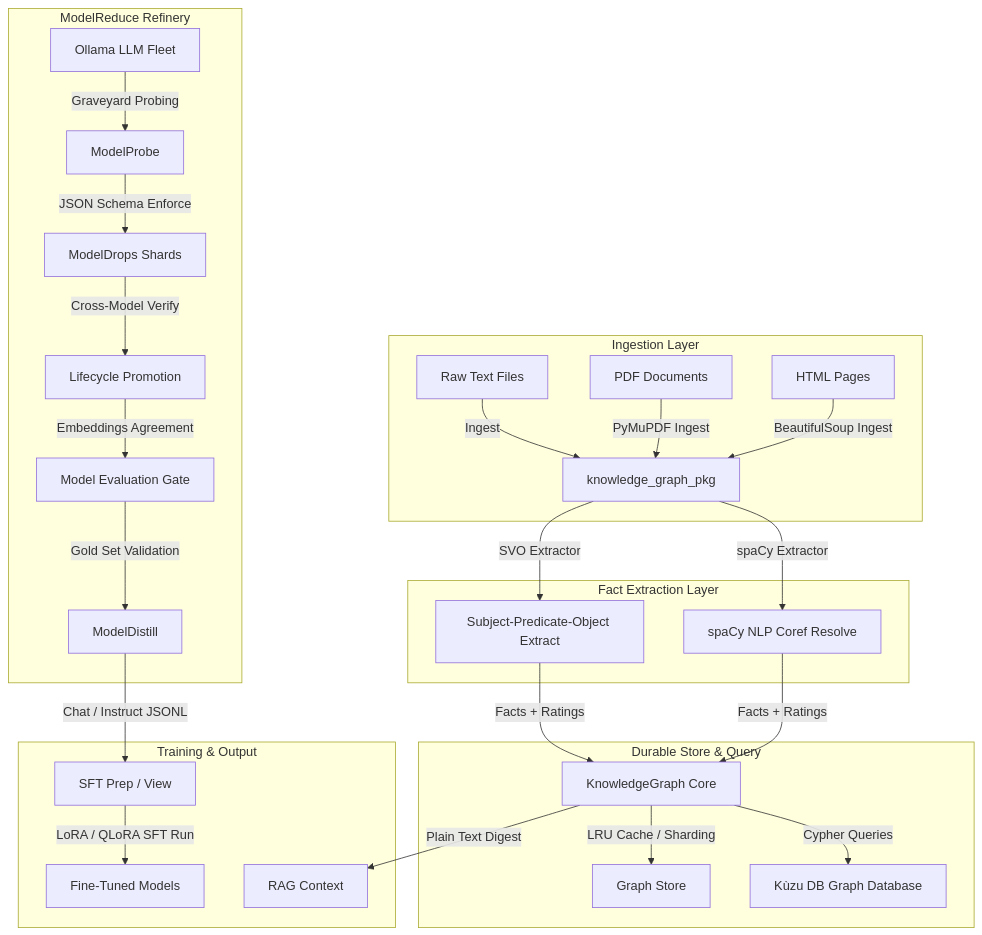
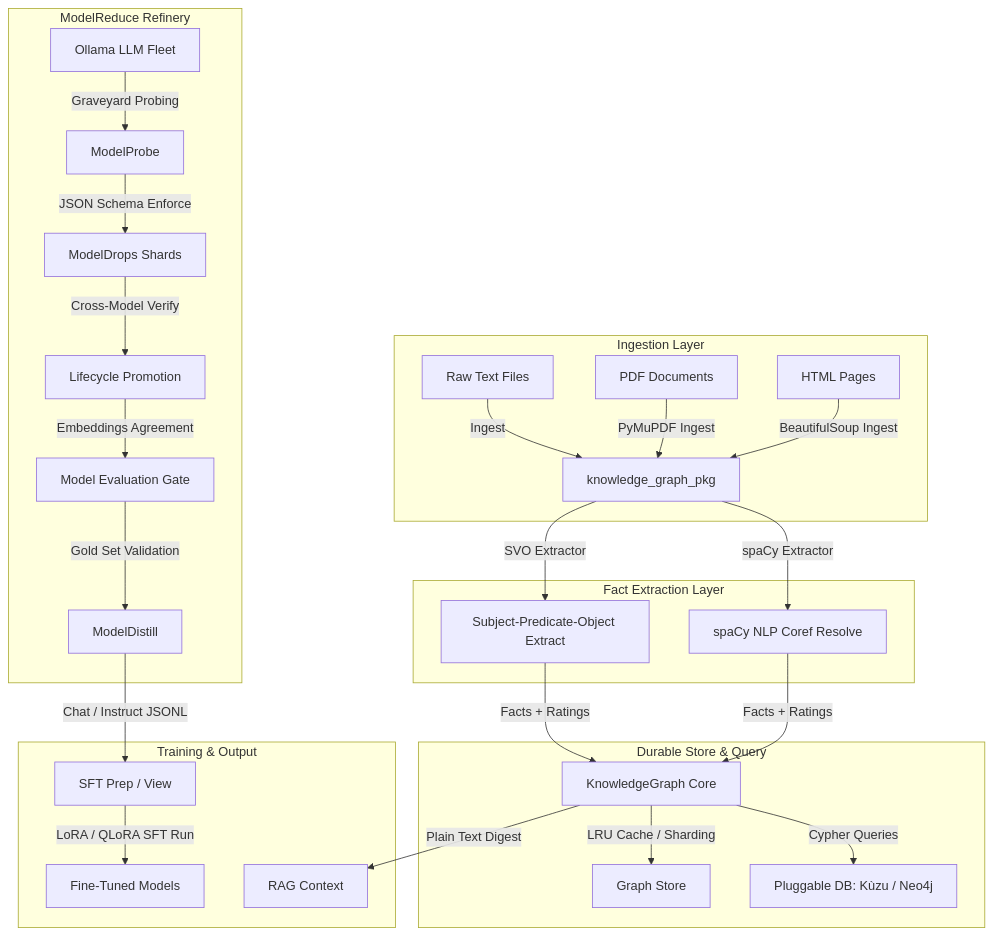
The diagram in ARCHITECTURE.md (nelslindahlx/knowledge-reduce-core), drawn with Mermaid before and after one commit. The commit also changed other lines of this file and 1 other file, not shown here.

Commit message:
Update documentation to cover 3D WebGL graph visualizer and pluggable Neo4j adapter

````diff
--- a/ARCHITECTURE.md
+++ b/ARCHITECTURE.md
@@ -11,34 +11,34 @@
 ```mermaid
 graph TD
     subgraph Ingestion [Ingestion Layer]
         TXT[Raw Text Files] -->|Ingest| Core[knowledge_graph_pkg]
         PDF[PDF Documents] -->|PyMuPDF Ingest| Core
         HTML[HTML Pages] -->|BeautifulSoup Ingest| Core
     end
 
     subgraph Extraction [Fact Extraction Layer]
         Core -->|SVO Extractor| SVO[Subject-Predicate-Object Extract]
         Core -->|spaCy Extractor| NLP[spaCy NLP Coref Resolve]
     end
 
     subgraph KnowledgeGraph [Durable Store & Query]
         SVO -->|Facts + Ratings| Graph[KnowledgeGraph Core]
         NLP -->|Facts + Ratings| Graph
         Graph -->|LRU Cache / Sharding| Cache[Graph Store]
-        Graph -->|Cypher Queries| Kuzu[Kùzu DB Graph Database]
+        Graph -->|Cypher Queries| DB[Pluggable DB: Kùzu / Neo4j]
     end
 
     subgraph ModelReduce [ModelReduce Refinery]
         Fleet[Ollama LLM Fleet] -->|Graveyard Probing| Probe[ModelProbe]
         Probe -->|JSON Schema Enforce| Drop[ModelDrops Shards]
         Drop -->|Cross-Model Verify| Promote[Lifecycle Promotion]
         Promote -->|Embeddings Agreement| Eval[Model Evaluation Gate]
         Eval -->|Gold Set Validation| Distill[ModelDistill]
     end
 
     subgraph Downstream [Training & Output]
         Distill -->|Chat / Instruct JSONL| SFT[SFT Prep / View]
         SFT -->|LoRA / QLoRA SFT Run| Train[Fine-Tuned Models]
         Graph -->|Plain Text Digest| RAG[RAG Context]
     end
 ```
````
